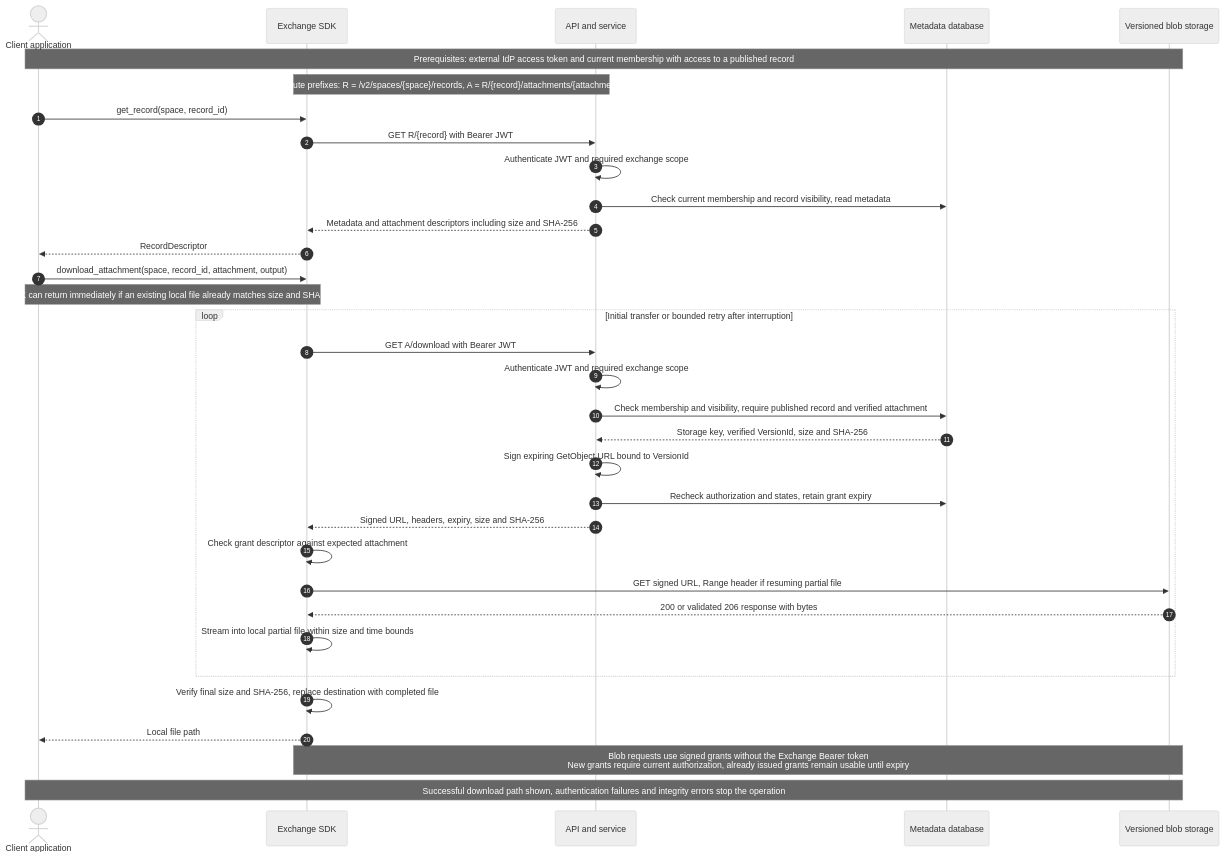
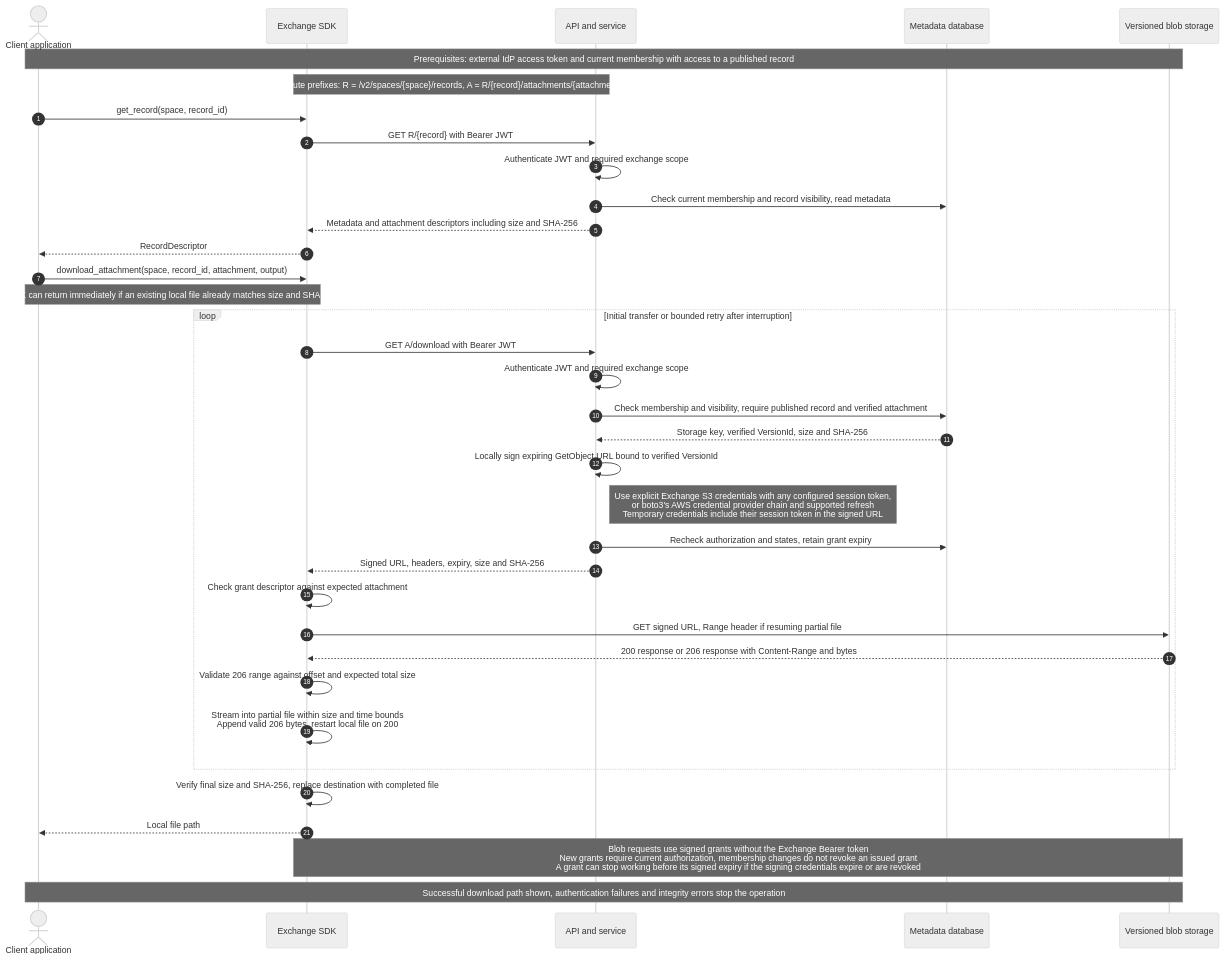
The diagram in docs/diagrams/exchange-download.mmd (IsaacYangSLA/hf_fl), drawn with Mermaid (neutral theme) before and after one commit. The commit also changed 10 other files, not shown here.

First line of the commit message:
Update Exchange call sequences and add worker cleanup flow

```diff
--- a/docs/diagrams/exchange-download.mmd
+++ b/docs/diagrams/exchange-download.mmd
@@ -1,37 +1,39 @@
 sequenceDiagram
     autonumber
     actor App as Client application
     participant SDK as Exchange SDK
     participant API as API and service
     participant DB as Metadata database
     participant S3 as Versioned blob storage
 
     Note over App,S3: Prerequisites: external IdP access token and current membership with access to a published record
     Note over SDK,API: Route prefixes: R = /v2/spaces/{space}/records, A = R/{record}/attachments/{attachment}
     App->>SDK: get_record(space, record_id)
     SDK->>API: GET R/{record} with Bearer JWT
     API->>API: Authenticate JWT and required exchange scope
     API->>DB: Check current membership and record visibility, read metadata
     API-->>SDK: Metadata and attachment descriptors including size and SHA-256
     SDK-->>App: RecordDescriptor
     App->>SDK: download_attachment(space, record_id, attachment, output)
     Note over App,SDK: SDK can return immediately if an existing local file already matches size and SHA-256
 
     loop Initial transfer or bounded retry after interruption
         SDK->>API: GET A/download with Bearer JWT
         API->>API: Authenticate JWT and required exchange scope
         API->>DB: Check membership and visibility, require published record and verified attachment
         DB-->>API: Storage key, verified VersionId, size and SHA-256
-        API->>API: Sign expiring GetObject URL bound to VersionId
+        API->>API: Locally sign expiring GetObject URL bound to verified VersionId
+        Note right of API: Use explicit Exchange S3 credentials with any configured session token,<br/>or boto3's AWS credential provider chain and supported refresh<br/>Temporary credentials include their session token in the signed URL
         API->>DB: Recheck authorization and states, retain grant expiry
         API-->>SDK: Signed URL, headers, expiry, size and SHA-256
         SDK->>SDK: Check grant descriptor against expected attachment
         SDK->>S3: GET signed URL, Range header if resuming partial file
-        S3-->>SDK: 200 or validated 206 response with bytes
-        SDK->>SDK: Stream into local partial file within size and time bounds
+        S3-->>SDK: 200 response or 206 response with Content-Range and bytes
+        SDK->>SDK: Validate 206 range against offset and expected total size
+        SDK->>SDK: Stream into partial file within size and time bounds<br/>Append valid 206 bytes, restart local file on 200
     end
     SDK->>SDK: Verify final size and SHA-256, replace destination with completed file
     SDK-->>App: Local file path
 
-    Note over SDK,S3: Blob requests use signed grants without the Exchange Bearer token<br/>New grants require current authorization, already issued grants remain usable until expiry
+    Note over SDK,S3: Blob requests use signed grants without the Exchange Bearer token<br/>New grants require current authorization, membership changes do not revoke an issued grant<br/>A grant can stop working before its signed expiry if the signing credentials expire or are revoked
     Note over App,S3: Successful download path shown, authentication failures and integrity errors stop the operation
```
